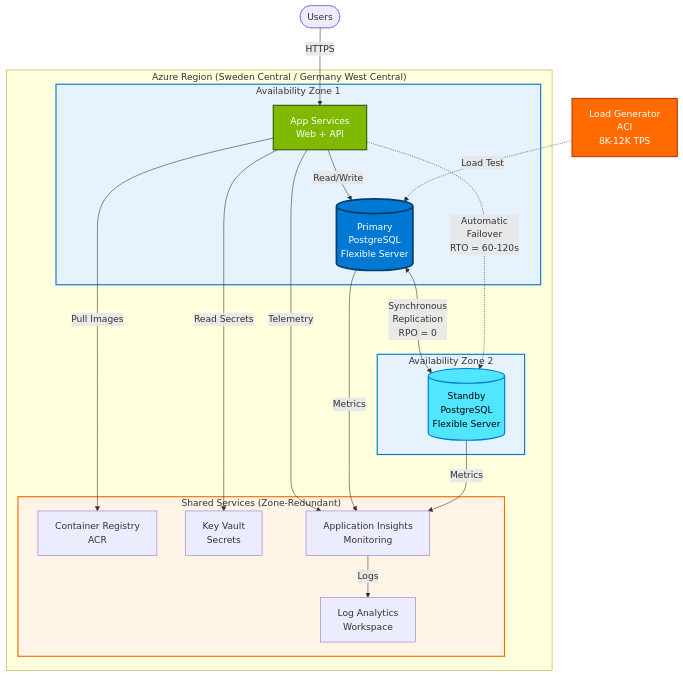
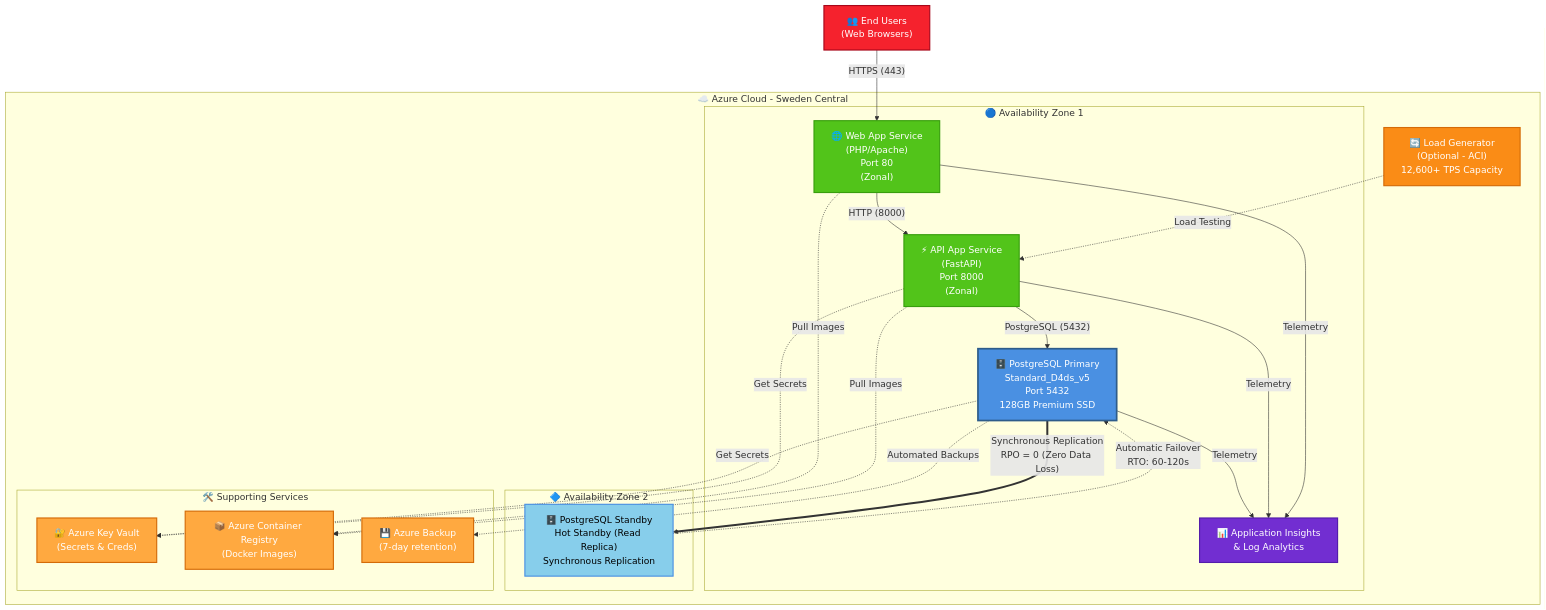
Before and after one commit to jonathan-vella/azure-postgresql-ha-workshop: the diagram in README.md, drawn with Mermaid. The commit also changed other lines of this file and 1 other file, not shown here.

Commit message:
docs: update architecture diagram and highlights for clarity and detail; specify zonal deployment for App Services

````diff
--- a/README.md
+++ b/README.md
@@ -80,41 +80,59 @@
 ```mermaid
 graph TB
-    subgraph Azure["Azure Region (Sweden Central / Germany West Central)"]
-        subgraph Zone1["Availability Zone 1"]
-            PG_Primary[(Primary<br/>PostgreSQL<br/>Flexible Server)]
-            AppSvc[App Services<br/>Web + API]
-        end
+  subgraph Azure["☁️ Azure Cloud - Sweden Central"]
+    subgraph Zone1["🔵 Availability Zone 1"]
+      Web["🌐 Web App Service<br/>(PHP/Apache)<br/>Port 80<br/>(Zonal)"]
+      API["⚡ API App Service<br/>(FastAPI)<br/>Port 8000<br/>(Zonal)"]
+      PrimaryDB["🗄️ PostgreSQL Primary<br/>Standard_D4ds_v5<br/>Port 5432<br/>128GB Premium SSD"]
+      Monitor["📊 Application Insights<br/>& Log Analytics"]
+    end
         
-        subgraph Zone2["Availability Zone 2"]
-            PG_Standby[(Standby<br/>PostgreSQL<br/>Flexible Server)]
-        end
+    subgraph Zone2["🔷 Availability Zone 2"]
+      StandbyDB["🗄️ PostgreSQL Standby<br/>Hot Standby (Read Replica)<br/>Synchronous Replication"]
+    end
         
-        subgraph Shared["Shared Services (Zone-Redundant)"]
-            ACR[Container Registry<br/>ACR]
-            KV[Key Vault<br/>Secrets]
-            AI[Application Insights<br/>Monitoring]
-            LA[Log Analytics<br/>Workspace]
-        end
+    subgraph Support["🛠️ Supporting Services"]
+      KeyVault["🔐 Azure Key Vault<br/>(Secrets & Creds)"]
+      ACR["📦 Azure Container Registry<br/>(Docker Images)"]
+      Backup["💾 Azure Backup<br/>(7-day retention)"]
+    end
         
-        PG_Primary <-->|Synchronous<br/>Replication<br/>RPO = 0| PG_Standby
-        AppSvc -->|Read/Write| PG_Primary
-        AppSvc -.->|Automatic<br/>Failover<br/>RTO = 60-120s| PG_Standby
-        AppSvc -->|Pull Images| ACR
-        AppSvc -->|Read Secrets| KV
-        AppSvc -->|Telemetry| AI
-        PG_Primary -->|Metrics| AI
-        PG_Standby -->|Metrics| AI
-        AI -->|Logs| LA
-    end
+    LoadGen["🔄 Load Generator<br/>(Optional - ACI)<br/>12,600+ TPS Capacity"]
+  end
     
-    User([Users]) -->|HTTPS| AppSvc
-    LoadGen[Load Generator<br/>ACI<br/>8K-12K TPS] -.->|Load Test| PG_Primary
+  Users["👥 End Users<br/>(Web Browsers)"]
     
-    style PG_Primary fill:#0078d4,stroke:#003f6b,stroke-width:3px,color:#fff
-    style PG_Standby fill:#50e6ff,stroke:#0078d4,stroke-width:2px,color:#000
-    style AppSvc fill:#7fba00,stroke:#3d5a00,stroke-width:2px,color:#fff
-    style LoadGen fill:#ff6b00,stroke:#c43e00,stroke-width:2px,color:#fff
-    style Zone1 fill:#e6f3ff,stroke:#0078d4,stroke-width:2px
-    style Zone2 fill:#e6f3ff,stroke:#0078d4,stroke-width:2px
-    style Shared fill:#fff4e6,stroke:#ff6b00,stroke-width:2px
+  Users -->|"HTTPS (443)"| Web
+  Web -->|"HTTP (8000)"| API
+  API -->|"PostgreSQL (5432)"| PrimaryDB
+  LoadGen -.->|"Load Testing"| API
+    
+  PrimaryDB ==>|"Synchronous Replication<br/>RPO = 0 (Zero Data Loss)"| StandbyDB
+  PrimaryDB -->|"Telemetry"| Monitor
+  API -->|"Telemetry"| Monitor
+  Web -->|"Telemetry"| Monitor
+    
+  StandbyDB -.->|"Automatic Failover<br/>RTO: 60-120s"| PrimaryDB
+    
+  PrimaryDB -.->|"Get Secrets"| KeyVault
+  API -.->|"Get Secrets"| KeyVault
+  Web -.->|"Pull Images"| ACR
+  API -.->|"Pull Images"| ACR
+  PrimaryDB -.->|"Automated Backups"| Backup
+    
+  classDef primary fill:#4A90E2,stroke:#2E5C8A,stroke-width:3px,color:#fff
+  classDef standby fill:#87CEEB,stroke:#4A90E2,stroke-width:2px,color:#000
+  classDef app fill:#52C41A,stroke:#389E0D,stroke-width:2px,color:#fff
+  classDef support fill:#FFA940,stroke:#D46B08,stroke-width:2px,color:#fff
+  classDef monitor fill:#722ED1,stroke:#531DAB,stroke-width:2px,color:#fff
+  classDef users fill:#F5222D,stroke:#A8071A,stroke-width:2px,color:#fff
+  classDef loadgen fill:#FA8C16,stroke:#D46B08,stroke-width:2px,color:#fff
+    
+  class PrimaryDB primary
+  class StandbyDB standby
+  class Web,API app
+  class KeyVault,ACR,Backup support
+  class Monitor monitor
+  class Users users
+  class LoadGen loadgen
 ```
````
